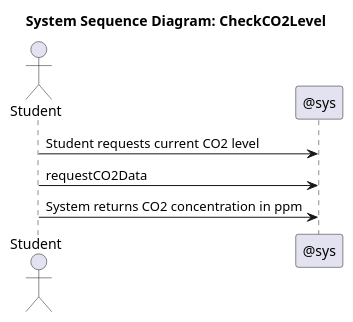
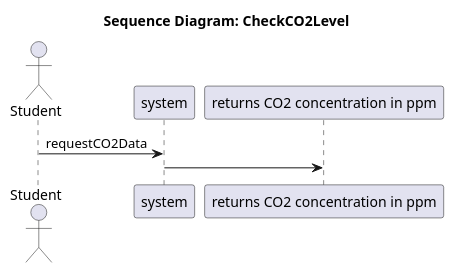
One commit to SEP4Real/SEP4 changed the diagram in Documentation/Analysis/ssds/StudyHelper_CheckCO2Level.ssd.puml. Above: the diagram before and after it, drawn with PlantUML. The commit also changed 46 other files, not shown here.

```diff
--- a/Documentation/Analysis/ssds/StudyHelper_CheckCO2Level.ssd.puml
+++ b/Documentation/Analysis/ssds/StudyHelper_CheckCO2Level.ssd.puml
@@ -1,8 +1,9 @@
-@startuml StudyHelper_CheckCO2Level_SSD
-title System Sequence Diagram: CheckCO2Level
+@startuml
+title Sequence Diagram: CheckCO2Level
 actor "Student" as Actor
-participant "@sys" as System
-Actor -> System : Student requests current CO2 level
+participant "system" as System
+participant "returns CO2 concentration in ppm" as returns_CO2_concentration_in_ppm
+
 Actor -> System : requestCO2Data
-Actor -> System : System returns CO2 concentration in ppm
+System -> returns_CO2_concentration_in_ppm : 
 @enduml
```
